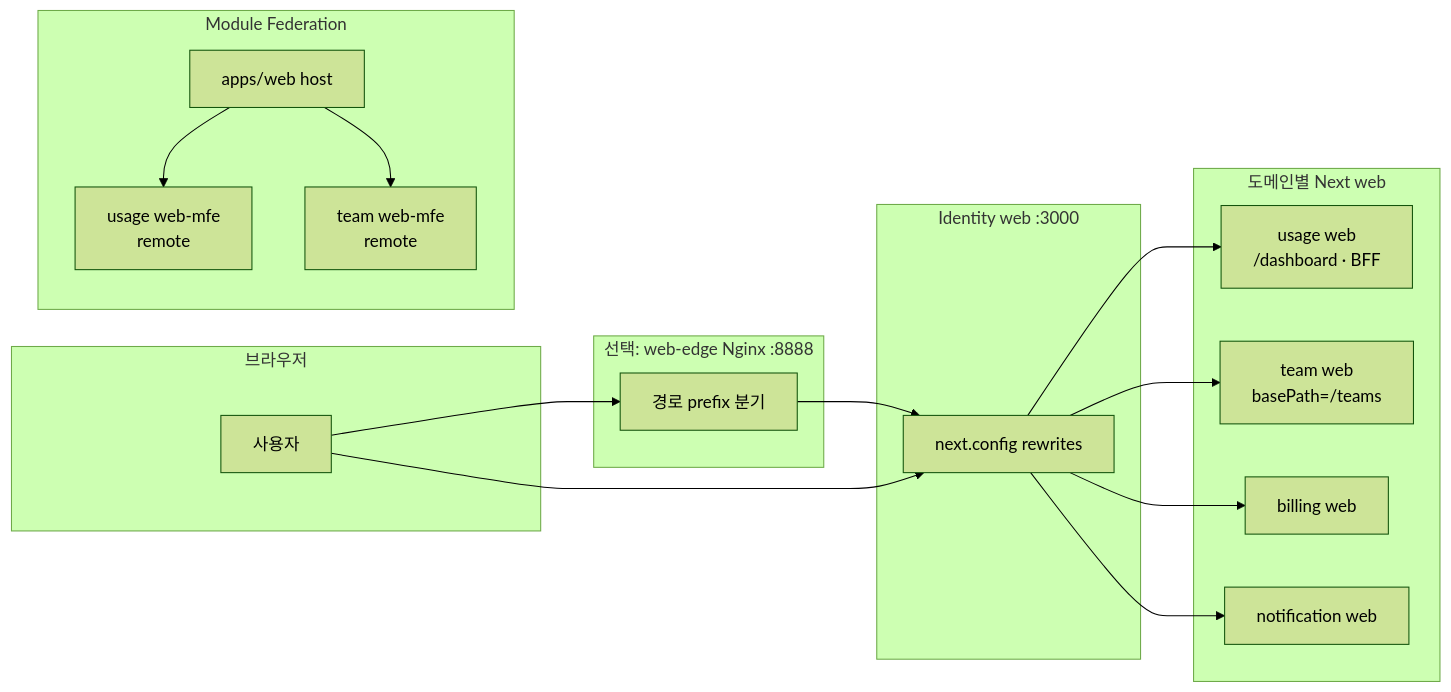
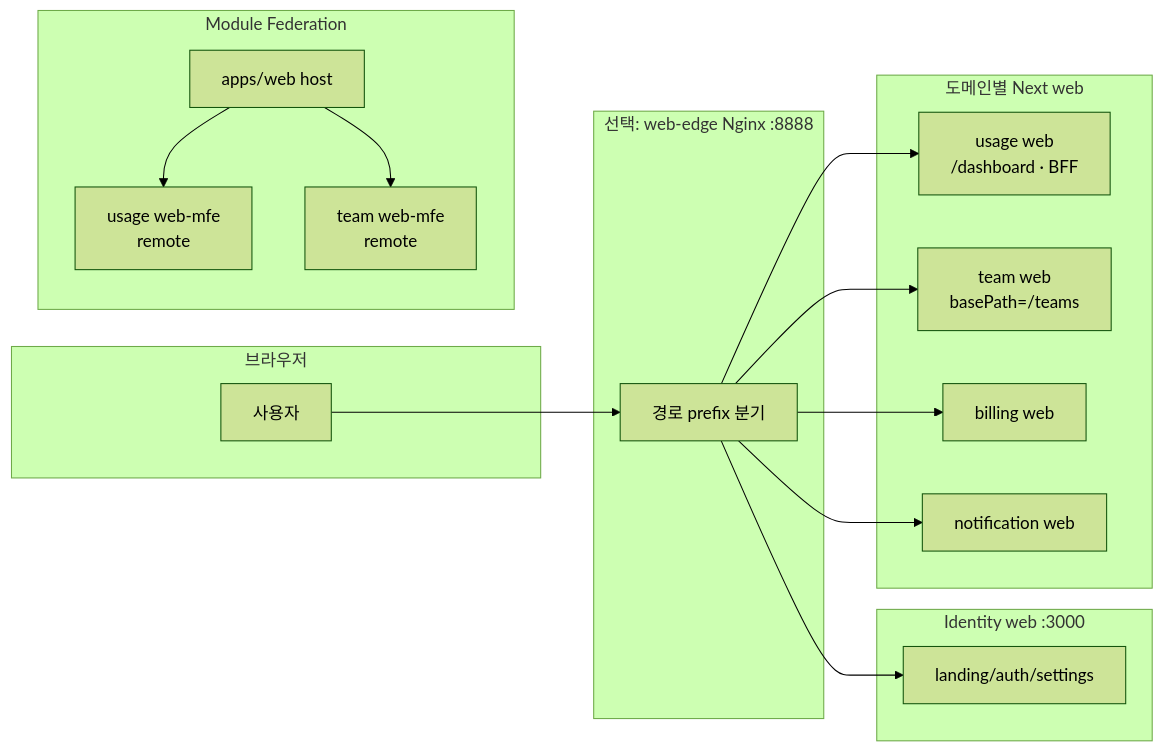
Before and after one commit to Zero-Bug-Freinds/ai-api-usage-monitor: the diagram in docs/architecture.md, drawn with Mermaid (forest theme). The commit also changed other lines of this file and 23 other files, not shown here.

````diff
--- a/docs/architecture.md
+++ b/docs/architecture.md
@@ -491,32 +491,31 @@
 ```mermaid
 flowchart LR
   subgraph Browser["브라우저"]
     U["사용자"]
   end
   subgraph Edge["선택: web-edge Nginx :8888"]
     N["경로 prefix 분기"]
   end
   subgraph Identity["Identity web :3000"]
-    RW["next.config rewrites"]
+    IW["landing/auth/settings"]
   end
   subgraph Domains["도메인별 Next web"]
     UW["usage web\n/dashboard · BFF"]
     TW["team web\nbasePath=/teams"]
     BW["billing web"]
     NW["notification web"]
   end
   subgraph MF["Module Federation"]
     H["apps/web host"]
     UR["usage web-mfe\nremote"]
     TR["team web-mfe\nremote"]
     H --> UR
     H --> TR
   end
   U --> N
-  N --> RW
-  U --> RW
-  RW --> UW
-  RW --> TW
-  RW --> BW
-  RW --> NW
+  N --> IW
+  N --> UW
+  N --> TW
+  N --> BW
+  N --> NW
 ```
````
